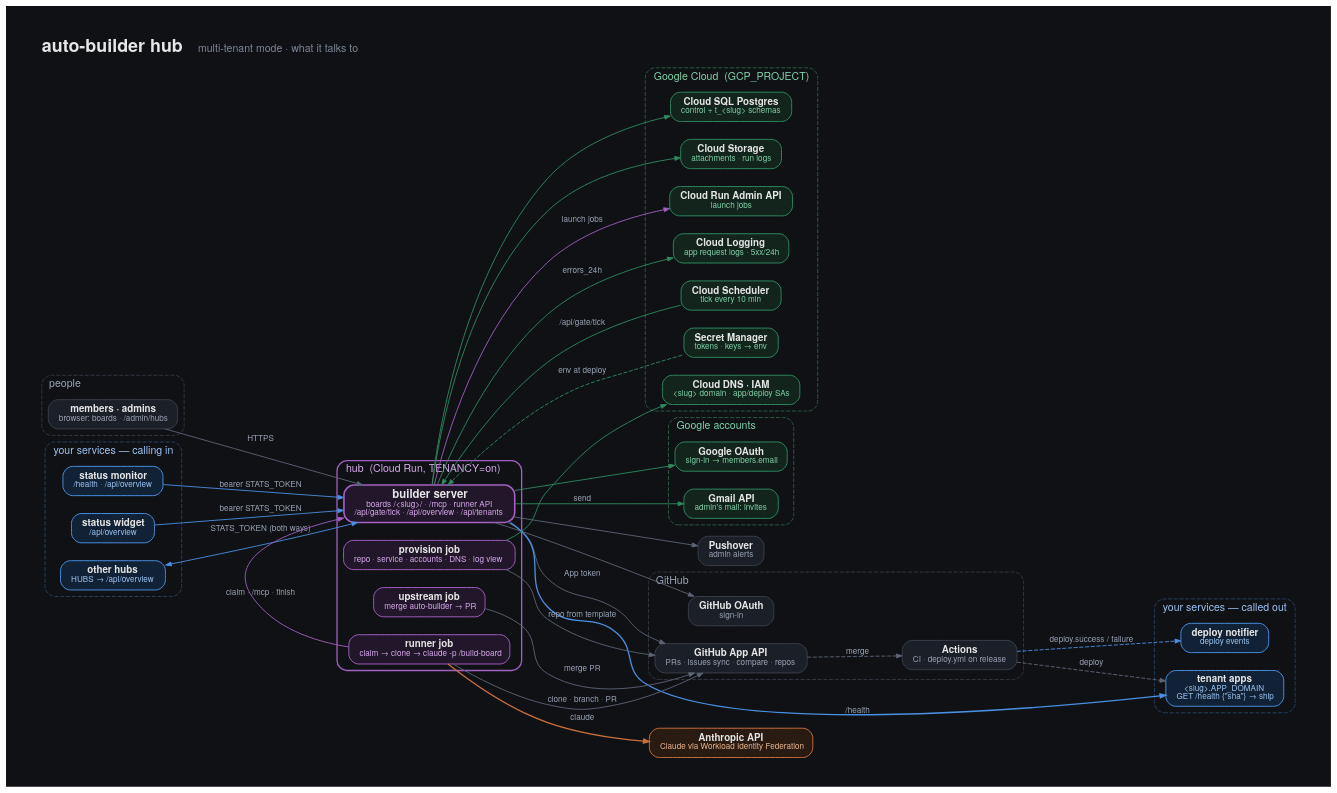
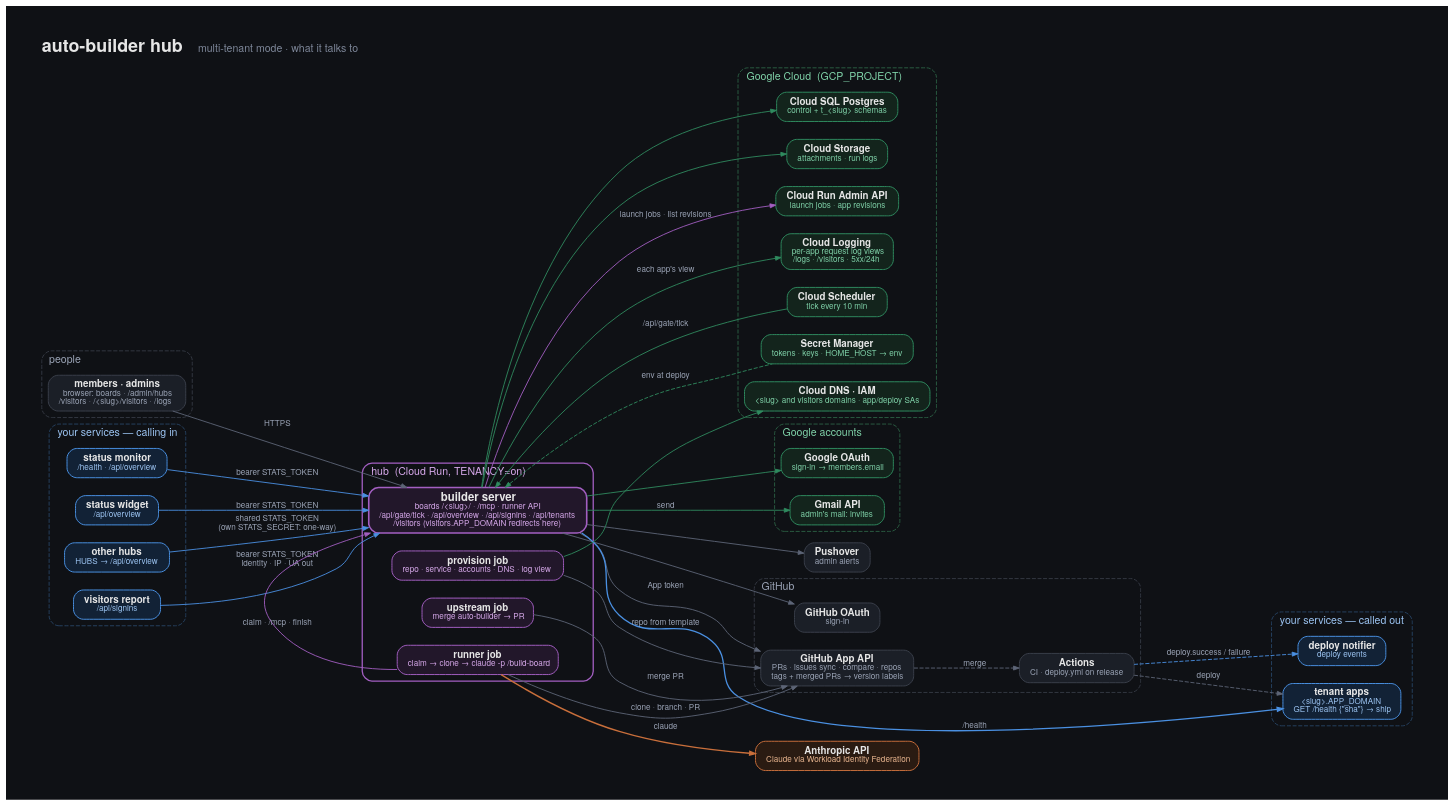
Before and after one commit to nkirsch/auto-builder: the diagram in docs/hub.dot, drawn with Graphviz. The commit also changed 22 other files, not shown here.

```diff
--- a/docs/hub.dot
+++ b/docs/hub.dot
@@ -1,110 +1,112 @@
 // A multi-tenant auto-builder hub (TENANCY=on) and the services it talks to.
 // Render: dot -Tpng -Gdpi=150 docs/hub.dot -o docs/hub.png
 digraph hub {
   graph [rankdir=LR, newrank=true, bgcolor="#0f1115", fontname="Helvetica Neue", fontcolor="#e6e6e6",
          pad=0.5, nodesep=0.3, ranksep=1.1, splines=spline, compound=true,
          label=<<b>auto-builder hub</b>   <font color="#7d8698" point-size="13">multi-tenant mode · what it talks to</font>>,
          labelloc=t, labeljust=l, fontsize=22];
   node  [shape=box, style="rounded,filled", fontname="Helvetica Neue", fontsize=12,
          color="#3a3f4b", fillcolor="#1b1f27", fontcolor="#e6e6e6", penwidth=1.2, margin="0.18,0.08"];
   edge  [color="#5d6577", fontname="Helvetica Neue", fontsize=10, fontcolor="#9aa3b5", arrowsize=0.7, penwidth=1.1];
 
   // ---- callers ----
   subgraph cluster_people {
     label="people"; style="rounded,dashed"; color="#3a3f4b"; fontcolor="#9aa3b5"; fontsize=13;
-    members [label=<<b>members · admins</b><br/><font point-size="10" color="#9aa3b5">browser: boards · /admin/hubs</font>>];
+    members [label=<<b>members · admins</b><br/><font point-size="10" color="#9aa3b5">browser: boards · /admin/hubs<br/>/visitors · /&lt;slug&gt;/visitors · /logs</font>>];
   }
 
   subgraph cluster_mine_in {
     label="your services — calling in"; style="rounded,dashed"; color="#2b4a6e"; fontcolor="#9cc4f2"; fontsize=13;
     node [color="#4a90e2", fillcolor="#122236"];
     monitor    [label=<<b>status monitor</b><br/><font point-size="10" color="#9cc4f2">/health · /api/overview</font>>];
     widget [label=<<b>status widget</b><br/><font point-size="10" color="#9cc4f2">/api/overview</font>>];
     peers    [label=<<b>other hubs</b><br/><font point-size="10" color="#9cc4f2">HUBS → /api/overview</font>>];
+    report   [label=<<b>visitors report</b><br/><font point-size="10" color="#9cc4f2">/api/signins</font>>];
   }
 
   // ---- the hub ----
   subgraph cluster_hub {
     label="hub  (Cloud Run, TENANCY=on)"; style="rounded"; color="#a35fc2"; fontcolor="#d6a8ea"; fontsize=13; penwidth=1.6;
     node [color="#a35fc2", fillcolor="#22172a"];
-    server [label=<<font point-size="14"><b>builder server</b></font><br/><font point-size="10" color="#d6a8ea">boards /&lt;slug&gt;/ · /mcp · runner API<br/>/api/gate/tick · /api/overview · /api/tenants</font>>, penwidth=2];
+    server [label=<<font point-size="14"><b>builder server</b></font><br/><font point-size="10" color="#d6a8ea">boards /&lt;slug&gt;/ · /mcp · runner API<br/>/api/gate/tick · /api/overview · /api/signins · /api/tenants<br/>/visitors (visitors.APP_DOMAIN redirects here)</font>>, penwidth=2];
     runner [label=<<b>runner job</b><br/><font point-size="10" color="#d6a8ea">claim → clone → claude -p /build-board</font>>];
     prov   [label=<<b>provision job</b><br/><font point-size="10" color="#d6a8ea">repo · service · accounts · DNS · log view</font>>];
     upjob  [label=<<b>upstream job</b><br/><font point-size="10" color="#d6a8ea">merge auto-builder → PR</font>>];
   }
 
   // ---- Google ----
   subgraph cluster_gcp {
     label="Google Cloud  (GCP_PROJECT)"; style="rounded,dashed"; color="#2f6b4a"; fontcolor="#7fd1a8"; fontsize=13;
     node [color="#2f8a5f", fillcolor="#13241c"];
     sql   [label=<<b>Cloud SQL Postgres</b><br/><font point-size="10" color="#7fd1a8">control + t_&lt;slug&gt; schemas</font>>];
     gcs   [label=<<b>Cloud Storage</b><br/><font point-size="10" color="#7fd1a8">attachments · run logs</font>>];
-    runapi[label=<<b>Cloud Run Admin API</b><br/><font point-size="10" color="#7fd1a8">launch jobs</font>>];
-    logs  [label=<<b>Cloud Logging</b><br/><font point-size="10" color="#7fd1a8">app request logs · 5xx/24h</font>>];
+    runapi[label=<<b>Cloud Run Admin API</b><br/><font point-size="10" color="#7fd1a8">launch jobs · app revisions</font>>];
+    logs  [label=<<b>Cloud Logging</b><br/><font point-size="10" color="#7fd1a8">per-app request log views<br/>/logs · /visitors · 5xx/24h</font>>];
     sched [label=<<b>Cloud Scheduler</b><br/><font point-size="10" color="#7fd1a8">tick every 10 min</font>>];
-    sm    [label=<<b>Secret Manager</b><br/><font point-size="10" color="#7fd1a8">tokens · keys → env</font>>];
-    dns   [label=<<b>Cloud DNS · IAM</b><br/><font point-size="10" color="#7fd1a8">&lt;slug&gt; domain · app/deploy SAs</font>>];
+    sm    [label=<<b>Secret Manager</b><br/><font point-size="10" color="#7fd1a8">tokens · keys · HOME_HOST → env</font>>];
+    dns   [label=<<b>Cloud DNS · IAM</b><br/><font point-size="10" color="#7fd1a8">&lt;slug&gt; and visitors domains · app/deploy SAs</font>>];
   }
   subgraph cluster_gws {
     label="Google accounts"; style="rounded,dashed"; color="#2f6b4a"; fontcolor="#7fd1a8"; fontsize=13;
     node [color="#2f8a5f", fillcolor="#13241c"];
     goauth [label=<<b>Google OAuth</b><br/><font point-size="10" color="#7fd1a8">sign-in → members.email</font>>];
     gmail  [label=<<b>Gmail API</b><br/><font point-size="10" color="#7fd1a8">admin's mail: invites</font>>];
   }
 
   // ---- other third parties ----
   subgraph cluster_gh {
     label="GitHub"; style="rounded,dashed"; color="#3a3f4b"; fontcolor="#9aa3b5"; fontsize=13;
-    ghapp  [label=<<b>GitHub App API</b><br/><font point-size="10" color="#9aa3b5">PRs · issues sync · compare · repos</font>>];
+    ghapp  [label=<<b>GitHub App API</b><br/><font point-size="10" color="#9aa3b5">PRs · issues sync · compare · repos<br/>tags + merged PRs → version labels</font>>];
     ghoauth[label=<<b>GitHub OAuth</b><br/><font point-size="10" color="#9aa3b5">sign-in</font>>];
     gha    [label=<<b>Actions</b><br/><font point-size="10" color="#9aa3b5">CI · deploy.yml on release</font>>];
   }
   anthropic [label=<<b>Anthropic API</b><br/><font point-size="10" color="#e8b58f">Claude via Workload Identity Federation</font>>, color="#c96f3b", fillcolor="#2a1b12"];
   pushover  [label=<<b>Pushover</b><br/><font point-size="10" color="#9aa3b5">admin alerts</font>>];
 
   // ---- mine — called out ----
   subgraph cluster_mine_out {
     label="your services — called out"; style="rounded,dashed"; color="#2b4a6e"; fontcolor="#9cc4f2"; fontsize=13;
     node [color="#4a90e2", fillcolor="#122236"];
     apps   [label=<<b>tenant apps</b><br/><font point-size="10" color="#9cc4f2">&lt;slug&gt;.APP_DOMAIN<br/>GET /health {"sha"} → ship</font>>];
     signal [label=<<b>deploy notifier</b><br/><font point-size="10" color="#9cc4f2">deploy events</font>>];
   }
 
-  { rank=same; members; monitor; widget; peers; }
+  { rank=same; members; monitor; widget; peers; report; }
   { rank=same; runner; prov; upjob; server; }
 
   // in
   members  -> server [label="HTTPS"];
   monitor    -> server [label="bearer STATS_TOKEN", color="#4a90e2"];
   widget -> server [label="bearer STATS_TOKEN", color="#4a90e2"];
-  peers    -> server [label="STATS_TOKEN (both ways)", color="#4a90e2", dir=both];
+  peers    -> server [label="shared STATS_TOKEN\n(own STATS_SECRET: one-way)", color="#4a90e2"];
+  report   -> server [label="bearer STATS_TOKEN\nidentity · IP · UA out", color="#4a90e2"];
   server   -> sched  [label="/api/gate/tick", color="#2f8a5f", dir=back];
 
   // hub internals
-  server -> runapi [label="launch jobs", color="#a35fc2"];
+  server -> runapi [label="launch jobs · list revisions", color="#a35fc2"];
   server -> runner [label="claim · /mcp · finish", color="#a35fc2", dir=back];
 
   // hub → Google
   server -> sql    [color="#2f8a5f"];
   server -> gcs    [color="#2f8a5f"];
-  server -> logs   [label="errors_24h", color="#2f8a5f"];
+  server -> logs   [label="each app's view", color="#2f8a5f"];
   server -> sm     [label="env at deploy", style=dashed, color="#2f8a5f", dir=back];
   server -> goauth [color="#2f8a5f"];
   server -> gmail  [label="send", color="#2f8a5f"];
   prov   -> dns    [color="#2f8a5f"];
 
   // hub → third parties
   server -> ghapp   [label="App token"];
   server -> ghoauth;
   runner -> ghapp   [label="clone · branch · PR"];
   upjob  -> ghapp   [label="merge PR"];
   prov   -> ghapp   [label="repo from template"];
   runner -> anthropic [label="claude", color="#c96f3b", penwidth=1.6];
   server -> pushover;
   ghapp  -> gha     [style=dashed, label="merge"];
 
   // hub → mine
   server -> apps   [label="/health", color="#4a90e2", penwidth=1.6];
   gha    -> apps   [label="deploy", style=dashed];
   gha    -> signal [label="deploy.success / failure", style=dashed, color="#4a90e2"];
 }
```
